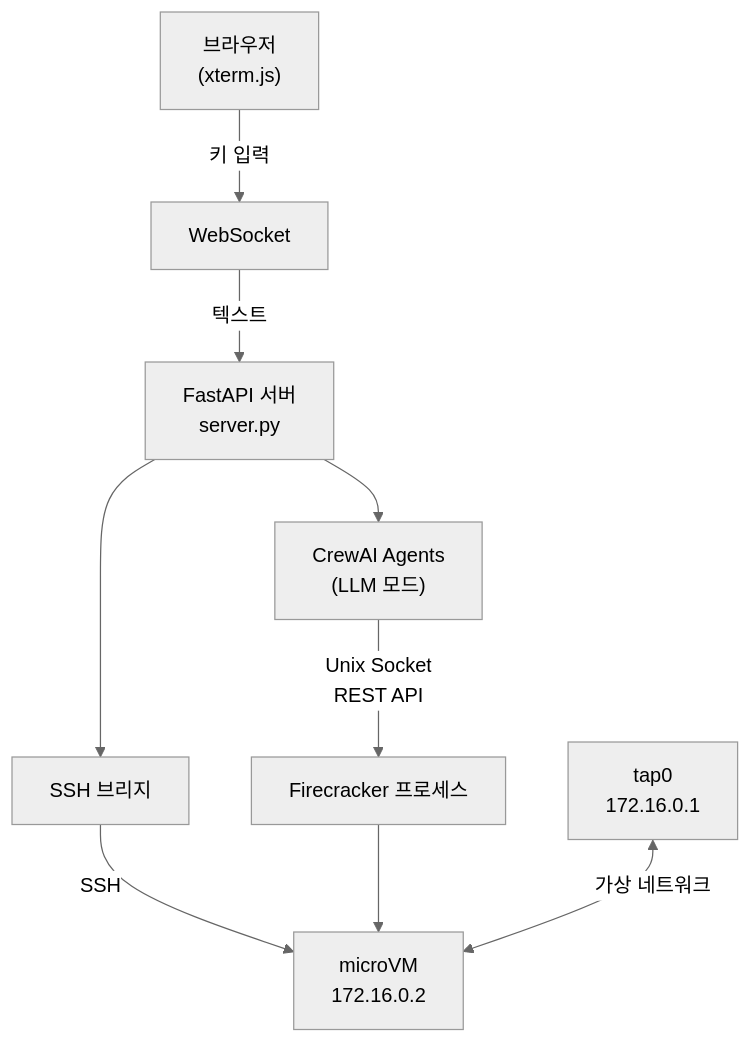
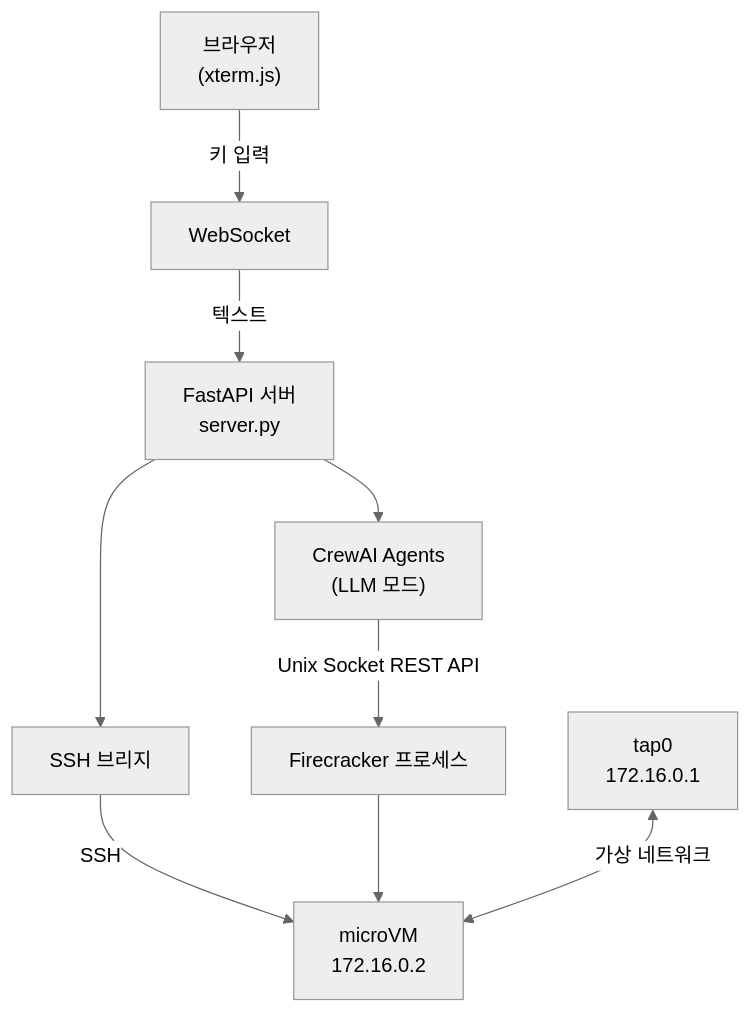
Before and after one commit to gnobaaaar/firecraker-with-agent: the second of 3 diagrams in README.md, drawn with Mermaid (neutral theme). The commit also changed other lines of this file, not shown here.

Commit message:
fix: mermaid newline backslash-n to br tag

````diff
--- a/README.md
+++ b/README.md
@@ -46,20 +46,20 @@
 ```mermaid
 flowchart TD
-    Browser["브라우저\n(xterm.js)"]
+    Browser["브라우저<br/>(xterm.js)"]
     WS["WebSocket"]
-    Server["FastAPI 서버\nserver.py"]
+    Server["FastAPI 서버<br/>server.py"]
     Bridge["SSH 브리지"]
-    CrewAI["CrewAI Agents\n(LLM 모드)"]
+    CrewAI["CrewAI Agents<br/>(LLM 모드)"]
     FC["Firecracker 프로세스"]
-    VM["microVM\n172.16.0.2"]
-    TAP["tap0\n172.16.0.1"]
+    VM["microVM<br/>172.16.0.2"]
+    TAP["tap0<br/>172.16.0.1"]
 
     Browser -->|"키 입력"| WS
     WS -->|"텍스트"| Server
     Server --> Bridge
     Server --> CrewAI
     Bridge -->|"SSH"| VM
-    CrewAI -->|"Unix Socket\nREST API"| FC
+    CrewAI -->|"Unix Socket REST API"| FC
     FC --> VM
     TAP <-->|"가상 네트워크"| VM
 ```
````
